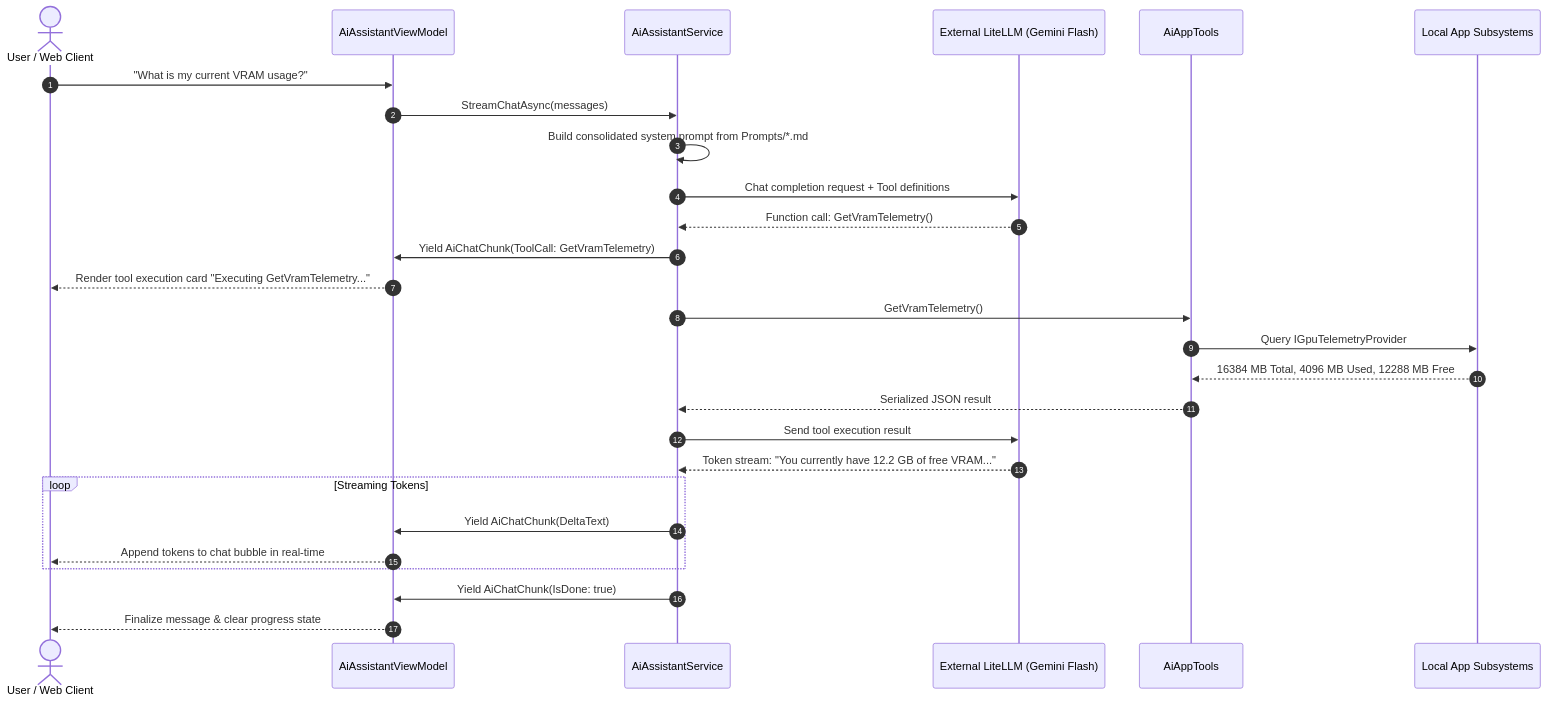
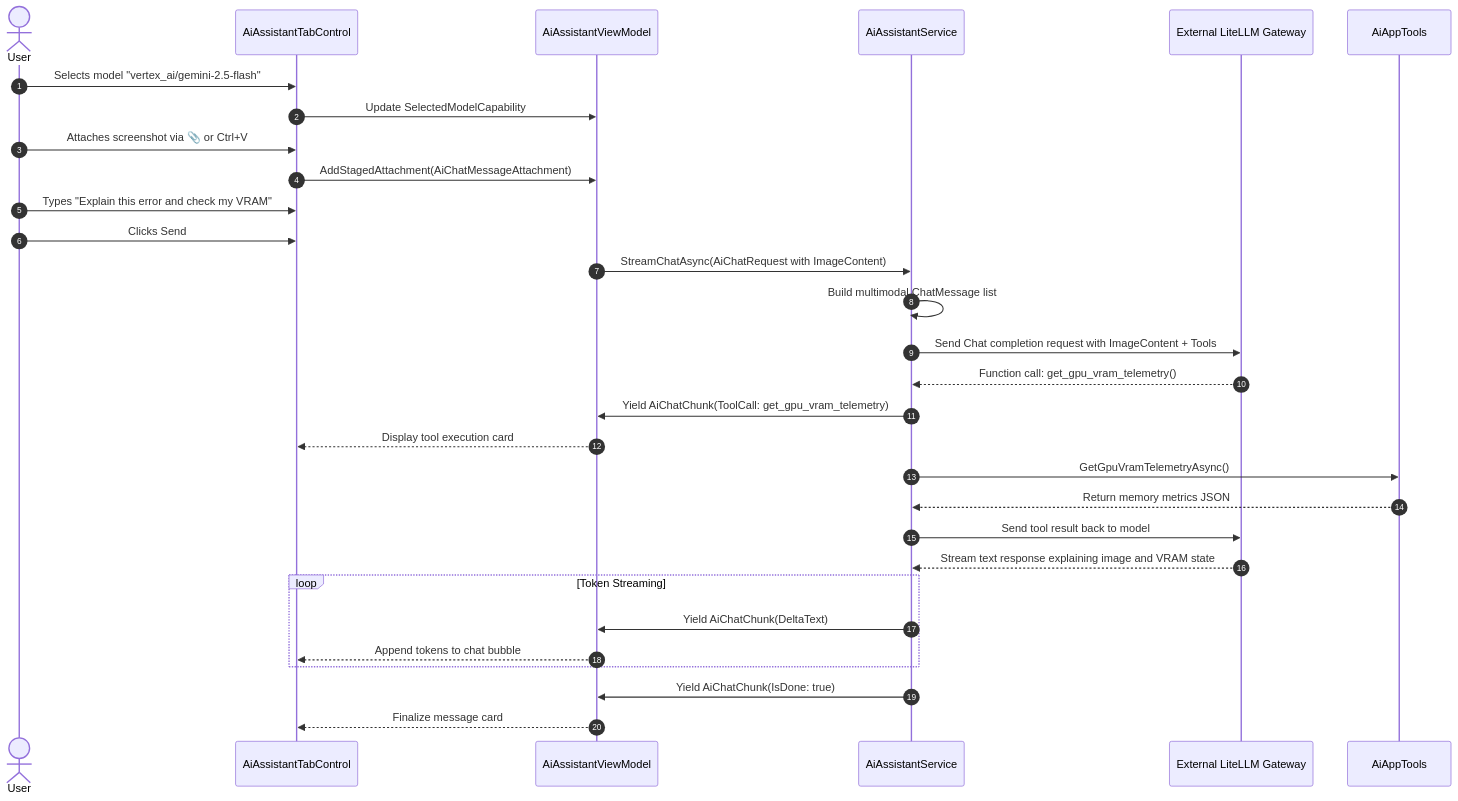
The third of 3 diagrams in docs/ai_assistant/ARCHITECTURE.md (spelech/LocalLLMServerManager), drawn with Mermaid before and after one commit. The commit also changed other lines of this file and 3 other files, not shown here.

Commit message:
docs: update AI assistant documentation with model capabilities and multimodal support

````diff
--- a/docs/ai_assistant/ARCHITECTURE.md
+++ b/docs/ai_assistant/ARCHITECTURE.md
@@ -121,30 +208,33 @@
 ```mermaid
 sequenceDiagram
     autonumber
-    actor User as User / Web Client
+    actor User as User
+    participant UI as AiAssistantTabControl
     participant VM as AiAssistantViewModel
     participant Service as AiAssistantService
-    participant LLM as External LiteLLM (Gemini Flash)
+    participant LLM as External LiteLLM Gateway
     participant Tools as AiAppTools
-    participant System as Local App Subsystems
 
-    User->>VM: "What is my current VRAM usage?"
-    VM->>Service: StreamChatAsync(messages)
-    Service->>Service: Build consolidated system prompt from Prompts/*.md
-    Service->>LLM: Chat completion request + Tool definitions
-    LLM-->>Service: Function call: GetVramTelemetry()
-    Service->>VM: Yield AiChatChunk(ToolCall: GetVramTelemetry)
-    VM-->>User: Render tool execution card "Executing GetVramTelemetry..."
-    Service->>Tools: GetVramTelemetry()
-    Tools->>System: Query IGpuTelemetryProvider
-    System-->>Tools: 16384 MB Total, 4096 MB Used, 12288 MB Free
-    Tools-->>Service: Serialized JSON result
-    Service->>LLM: Send tool execution result
-    LLM-->>Service: Token stream: "You currently have 12.2 GB of free VRAM..."
-    loop Streaming Tokens
+    User->>UI: Selects model "vertex_ai/gemini-2.5-flash"
+    UI->>VM: Update SelectedModelCapability
+    User->>UI: Attaches screenshot via 📎 or Ctrl+V
+    UI->>VM: AddStagedAttachment(AiChatMessageAttachment)
+    User->>UI: Types "Explain this error and check my VRAM"
+    User->>UI: Clicks Send
+    VM->>Service: StreamChatAsync(AiChatRequest with ImageContent)
+    Service->>Service: Build multimodal ChatMessage list
+    Service->>LLM: Send Chat completion request with ImageContent + Tools
+    LLM-->>Service: Function call: get_gpu_vram_telemetry()
+    Service->>VM: Yield AiChatChunk(ToolCall: get_gpu_vram_telemetry)
+    VM-->>UI: Display tool execution card
+    Service->>Tools: GetGpuVramTelemetryAsync()
+    Tools-->>Service: Return memory metrics JSON
+    Service->>LLM: Send tool result back to model
+    LLM-->>Service: Stream text response explaining image and VRAM state
+    loop Token Streaming
         Service->>VM: Yield AiChatChunk(DeltaText)
-        VM-->>User: Append tokens to chat bubble in real-time
+        VM-->>UI: Append tokens to chat bubble
     end
     Service->>VM: Yield AiChatChunk(IsDone: true)
-    VM-->>User: Finalize message & clear progress state
+    VM-->>UI: Finalize message card
 ```
````
